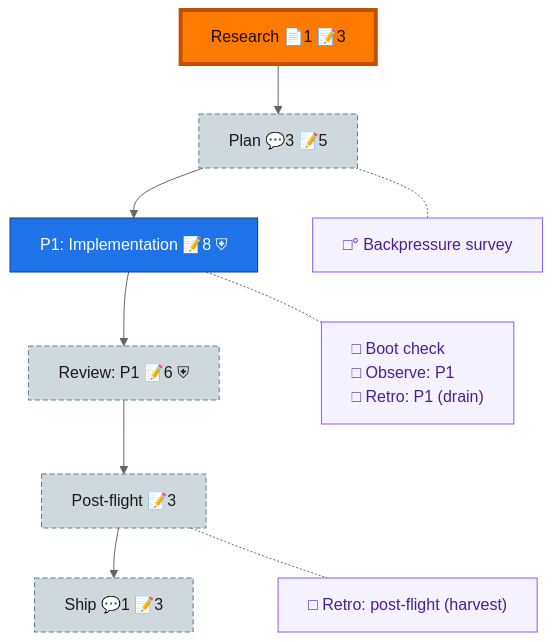
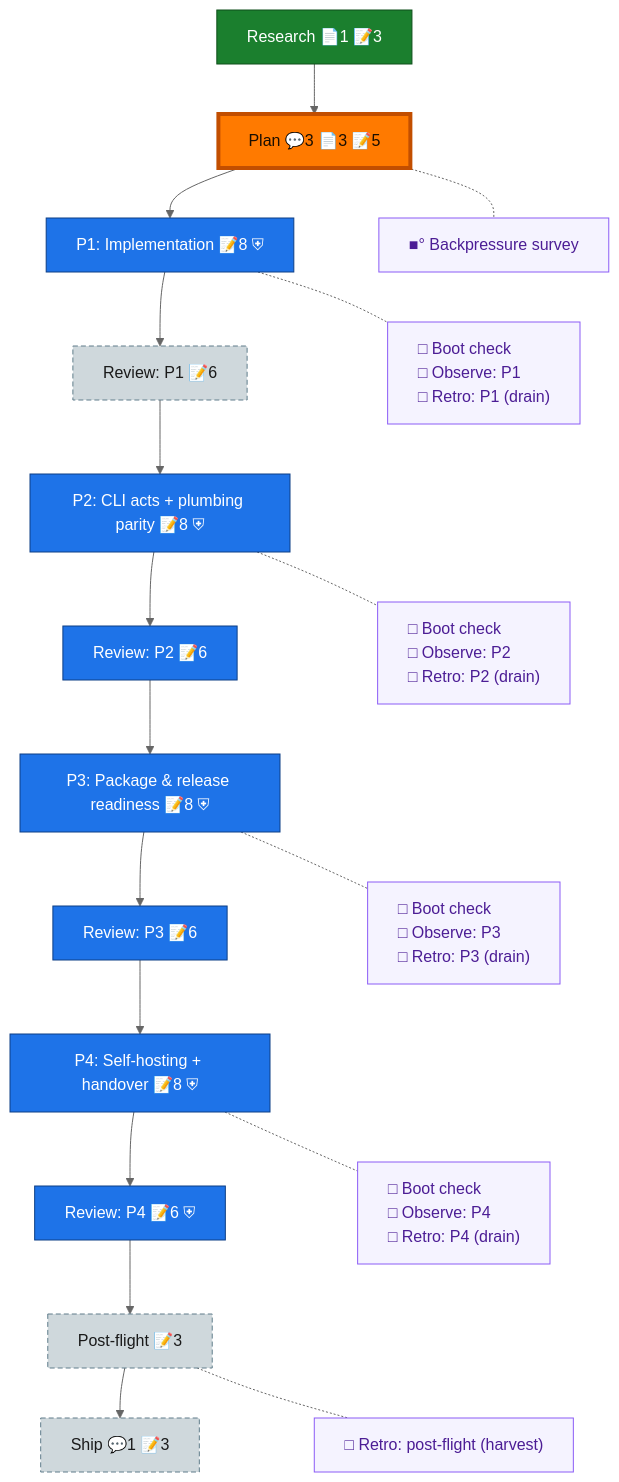
One commit to AI-Substrate/dd changed the diagram in docs/plans/001-dd-extraction/the-flow.md. Above: the diagram before and after it, drawn with Mermaid (neutral theme). The commit also changed other lines of this file and 2 other files, not shown here.

Commit message:
docs: plan 001 validated (validate-v2 clean); flight-plan spine expanded to 4 phases with dd gates

````diff
--- a/docs/plans/001-dd-extraction/the-flow.md
+++ b/docs/plans/001-dd-extraction/the-flow.md
@@ -8,30 +8,42 @@
 ```mermaid
 flowchart TD
     research["Research 📄1 📝3"]:::done
-    plan["Plan 💬3 📝5"]:::assumed
+    plan["Plan 💬3 📄3 📝5"]:::done
     phase_1["P1: Implementation 📝8 ⛨"]:::known
-    review_1["Review: P1 📝6 ⛨"]:::assumed
+    review_1["Review: P1 📝6"]:::assumed
+    phase_2["P2: CLI acts + plumbing parity 📝8 ⛨"]:::known
+    review_2["Review: P2 📝6"]:::known
+    phase_3["P3: Package & release readiness 📝8 ⛨"]:::known
+    review_3["Review: P3 📝6"]:::known
+    phase_4["P4: Self-hosting + handover 📝8 ⛨"]:::known
+    review_4["Review: P4 📝6 ⛨"]:::known
     post_flight["Post-flight 📝3"]:::assumed
     ship["Ship 💬1 📝3"]:::assumed
 
-    research --> plan --> phase_1 --> review_1 --> post_flight --> ship
+    research --> plan --> phase_1 --> review_1 --> phase_2 --> review_2 --> phase_3 --> review_3 --> phase_4 --> review_4 --> post_flight --> ship
 
-    planC["□° Backpressure survey"]:::chore
+    planC["■° Backpressure survey"]:::chore
     phase_1C["□ Boot check<br/>□ Observe: P1<br/>□ Retro: P1 (drain)"]:::chore
+    phase_2C["□ Boot check<br/>□ Observe: P2<br/>□ Retro: P2 (drain)"]:::chore
+    phase_3C["□ Boot check<br/>□ Observe: P3<br/>□ Retro: P3 (drain)"]:::chore
+    phase_4C["□ Boot check<br/>□ Observe: P4<br/>□ Retro: P4 (drain)"]:::chore
     post_flightC["□ Retro: post-flight (harvest)"]:::chore
 
     %% invisible chain holds the gutter boxes in their own column
-    planC ~~~ phase_1C ~~~ post_flightC
+    planC ~~~ phase_1C ~~~ phase_2C ~~~ phase_3C ~~~ phase_4C ~~~ post_flightC
 
     %% dotted links pull each gutter box beside its node
     plan -.- planC
     phase_1 -.- phase_1C
+    phase_2 -.- phase_2C
+    phase_3 -.- phase_3C
+    phase_4 -.- phase_4C
     post_flight -.- post_flightC
 
     classDef done fill:#1B7F2E,stroke:#0F4F1B,color:#fff;
     classDef known fill:#1E73E8,stroke:#0D3F86,color:#fff;
     classDef assumed fill:#CFD8DC,stroke:#607D8B,color:#1a1a1a,stroke-dasharray:5 3;
     classDef chore fill:#f5f3ff,stroke:#8b5cf6,color:#4c1d95,text-align:left;
     classDef current fill:#FF7A00,stroke:#C24E00,color:#1a0e00,stroke-width:4px;
-    class research current;
+    class plan current;
 ```
````
